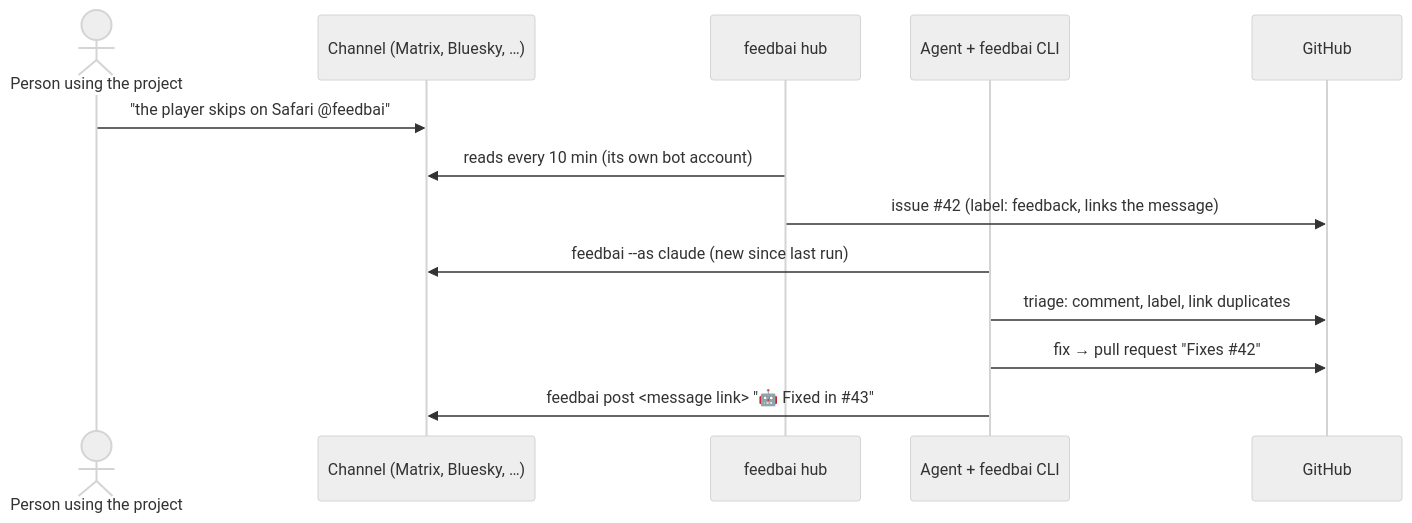
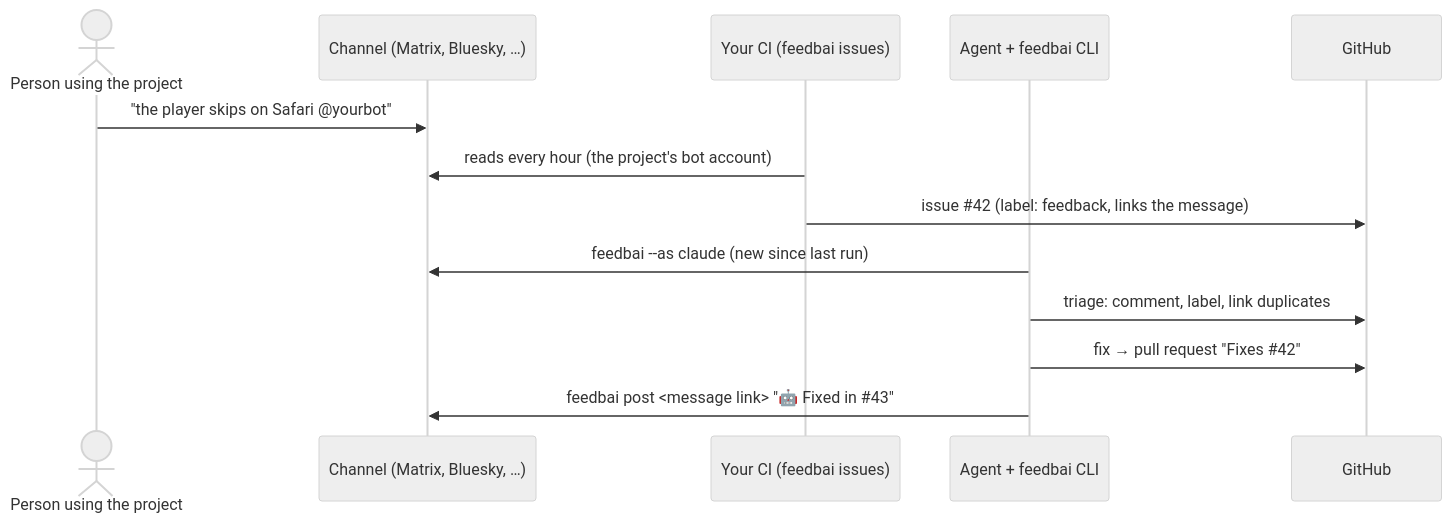
Before and after one commit to internet4000/feedbai: the first of 2 diagrams in docs/concepts.md, drawn with Mermaid (neutral theme). The commit also changed other lines of this file and 18 other files, not shown here.

First line of the commit message:
No default hub: feedbai runs on no infrastructure of ours

````diff
--- a/docs/concepts.md
+++ b/docs/concepts.md
@@ -7,16 +7,16 @@
 ```mermaid
 sequenceDiagram
   actor User as Person using the project
   participant Channel as Channel (Matrix, Bluesky, …)
-  participant Hub as feedbai hub
+  participant CI as Your CI (feedbai issues)
   participant Agent as Agent + feedbai CLI
   participant GitHub
 
-  User->>Channel: "the player skips on Safari @feedbai"
-  Hub->>Channel: reads every 10 min (its own bot account)
-  Hub->>GitHub: issue #35;42 (label: feedback, links the message)
+  User->>Channel: "the player skips on Safari @yourbot"
+  CI->>Channel: reads every hour (the project's bot account)
+  CI->>GitHub: issue #35;42 (label: feedback, links the message)
   Agent->>Channel: feedbai --as claude (new since last run)
   Agent->>GitHub: triage: comment, label, link duplicates
   Agent->>GitHub: fix → pull request "Fixes #35;42"
   Agent->>Channel: feedbai post #lt;message link#gt; "🤖 Fixed in #35;43"
 ```
````
